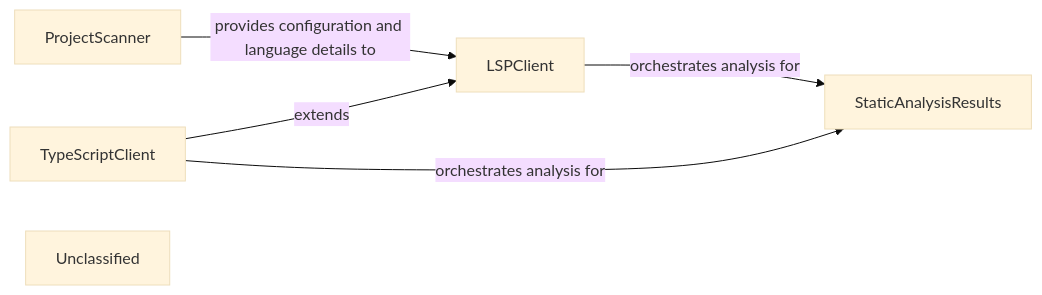
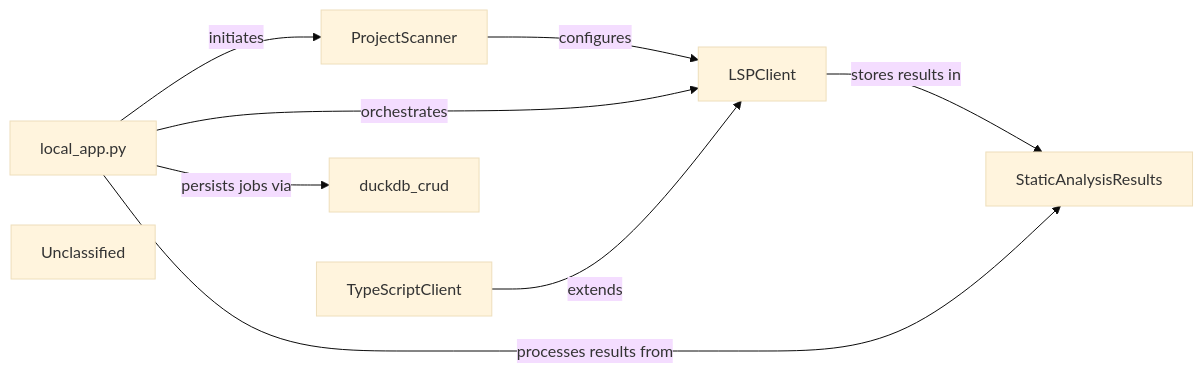
The diagram in .codeboarding/Static_Analysis_Engine.md (mariyam866/CodeBoarding), drawn with Mermaid (base theme) before and after one commit. The commit also changed other lines of this file and 15 other files, not shown here.

First line of the commit message:
docs: update codeboarding documentation and generate architecture

````diff
--- a/.codeboarding/Static_Analysis_Engine.md
+++ b/.codeboarding/Static_Analysis_Engine.md
@@ -1,13 +1,17 @@
 ```mermaid
 graph LR
+    local_app_py["local_app.py"]
     ProjectScanner["ProjectScanner"]
     LSPClient["LSPClient"]
     TypeScriptClient["TypeScriptClient"]
     StaticAnalysisResults["StaticAnalysisResults"]
+    duckdb_crud["duckdb_crud"]
     Unclassified["Unclassified"]
-    Unclassified["Unclassified"]
-    ProjectScanner -- "provides configuration and language details to" --> LSPClient
-    LSPClient -- "orchestrates analysis for" --> StaticAnalysisResults
+    local_app_py -- "initiates" --> ProjectScanner
+    ProjectScanner -- "configures" --> LSPClient
+    local_app_py -- "orchestrates" --> LSPClient
+    LSPClient -- "stores results in" --> StaticAnalysisResults
     TypeScriptClient -- "extends" --> LSPClient
-    TypeScriptClient -- "orchestrates analysis for" --> StaticAnalysisResults
+    local_app_py -- "processes results from" --> StaticAnalysisResults
+    local_app_py -- "persists jobs via" --> duckdb_crud
 ```
````
